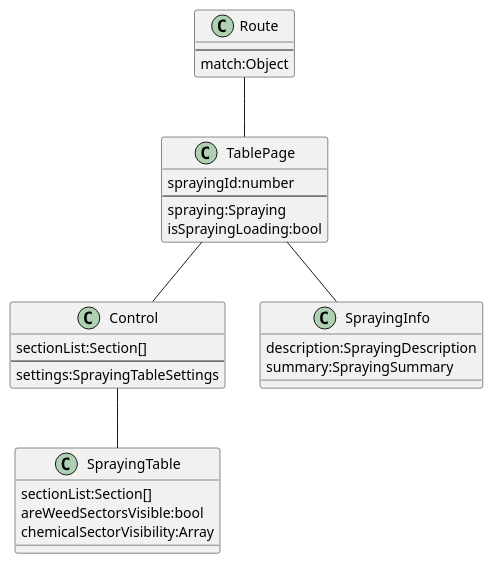
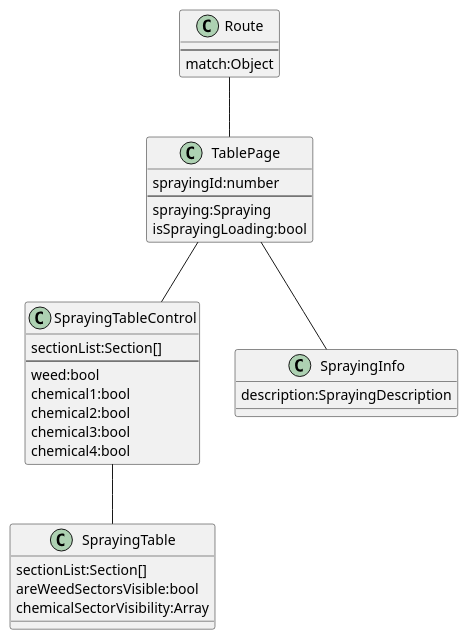
One commit to cbarsony/infested changed the diagram in docs/tablePage.cmp.puml. Above: the diagram before and after it, drawn with PlantUML. The commit also changed 29 other files, not shown here.

Commit message:
Spraying data table

```diff
--- a/docs/tablePage.cmp.puml
+++ b/docs/tablePage.cmp.puml
@@ -1,37 +1,40 @@
 @startuml
 
 class Route {
     --
     match:Object
 }
 
 class TablePage {
     sprayingId:number
     --
     spraying:Spraying
     isSprayingLoading:bool
 }
 
-class Control {
+class SprayingTableControl {
     sectionList:Section[]
     --
-    settings:SprayingTableSettings
+    weed:bool
+    chemical1:bool
+    chemical2:bool
+    chemical3:bool
+    chemical4:bool
 }
 
 class SprayingInfo {
     description:SprayingDescription
-    summary:SprayingSummary
 }
 
 class SprayingTable {
     sectionList:Section[]
     areWeedSectorsVisible:bool
     chemicalSectorVisibility:Array
 }
 
 Route -- TablePage
-TablePage -- Control
+TablePage -- SprayingTableControl
 TablePage -- SprayingInfo
-Control -- SprayingTable
+SprayingTableControl -- SprayingTable
 
 @enduml
```
